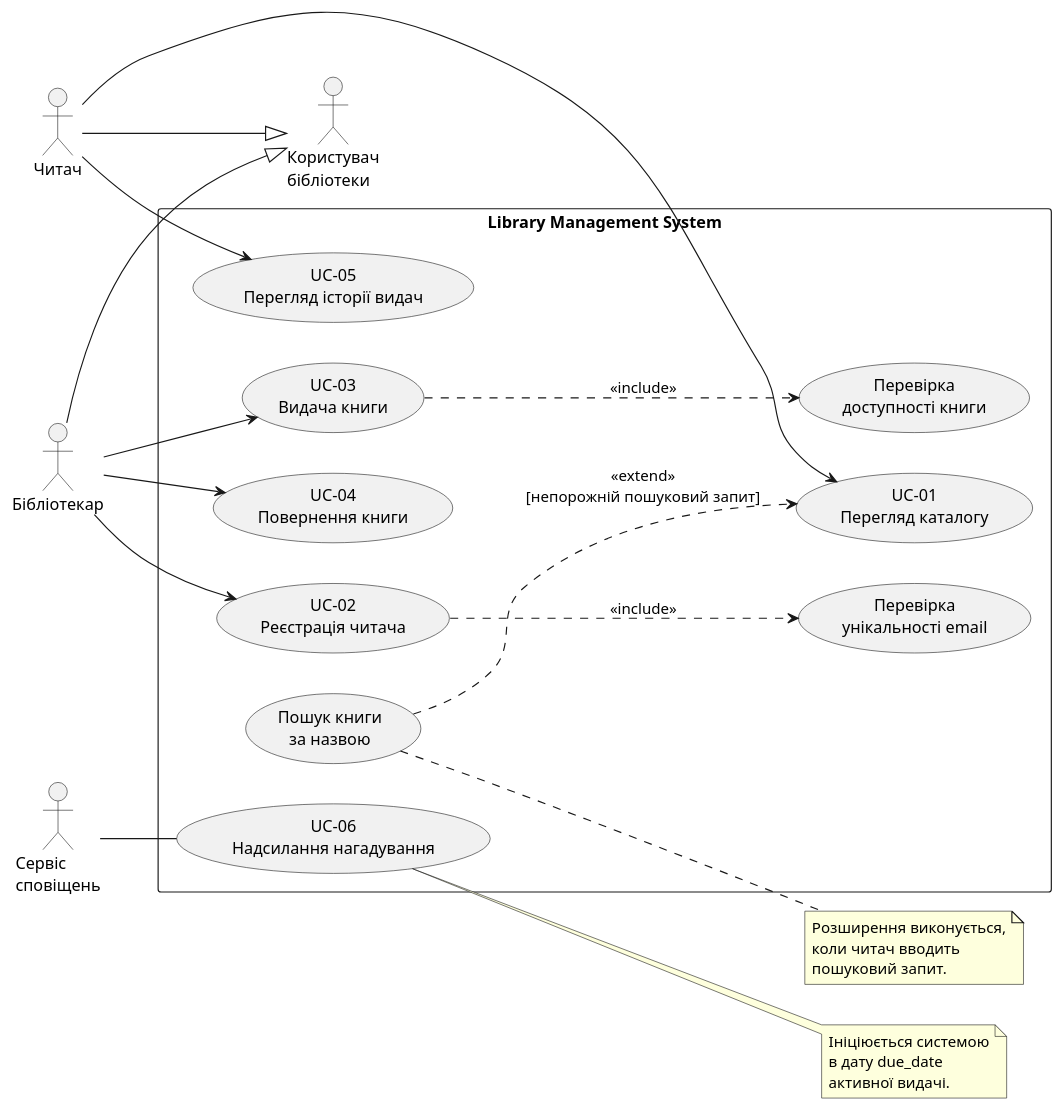
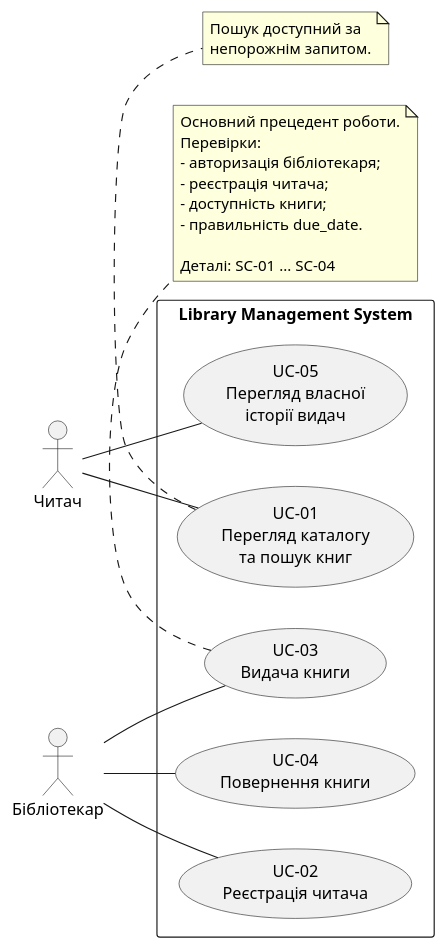
The diagram in use-cases.puml (xdddd1234/lab2), drawn with PlantUML before and after one commit.

Commit message:
fix: simplify use case diagram to actor goals

```diff
--- a/use-cases.puml
+++ b/use-cases.puml
@@ -2,51 +2,41 @@
 @startuml
 left to right direction
+
 skinparam packageStyle rectangle
+skinparam shadowing false
 
-actor "Користувач\nбібліотеки" as User
 actor "Читач" as Reader
 actor "Бібліотекар" as Librarian
-actor "Сервіс\nсповіщень" as Notify
-
-Reader --|> User
-Librarian --|> User
 
 rectangle "Library Management System" {
-  usecase "UC-01\nПерегляд каталогу" as UC01
+  usecase "UC-01\nПерегляд каталогу\nта пошук книг" as UC01
   usecase "UC-02\nРеєстрація читача" as UC02
   usecase "UC-03\nВидача книги" as UC03
   usecase "UC-04\nПовернення книги" as UC04
-  usecase "UC-05\nПерегляд історії видач" as UC05
-  usecase "UC-06\nНадсилання нагадування" as UC06
-
-  usecase "Пошук книги\nза назвою" as Search
-  usecase "Перевірка\nдоступності книги" as Availability
-  usecase "Перевірка\nунікальності email" as Email
+  usecase "UC-05\nПерегляд власної\nісторії видач" as UC05
 }
 
-Reader --> UC01
-Reader --> UC05
+Reader -- UC01
+Reader -- UC05
 
-Librarian --> UC02
-Librarian --> UC03
-Librarian --> UC04
+Librarian -- UC02
+Librarian -- UC03
+Librarian -- UC04
 
-Notify -- UC06
+note bottom of UC03
+  Основний прецедент роботи.
+  Перевірки:
+  - авторизація бібліотекаря;
+  - реєстрація читача;
+  - доступність книги;
+  - правильність due_date.
 
-UC03 ..> Availability : <<include>>
-UC02 ..> Email : <<include>>
-Search ..> UC01 : <<extend>>\n[непорожній пошуковий запит]
-
-note right of Search
-  Розширення виконується,
-  коли читач вводить
-  пошуковий запит.
+  Деталі: SC-01 ... SC-04
 end note
 
-note right of UC06
-  Ініціюється системою
-  в дату due_date
-  активної видачі.
+note bottom of UC01
+  Пошук доступний за
+  непорожнім запитом.
 end note
 
 @enduml
```
